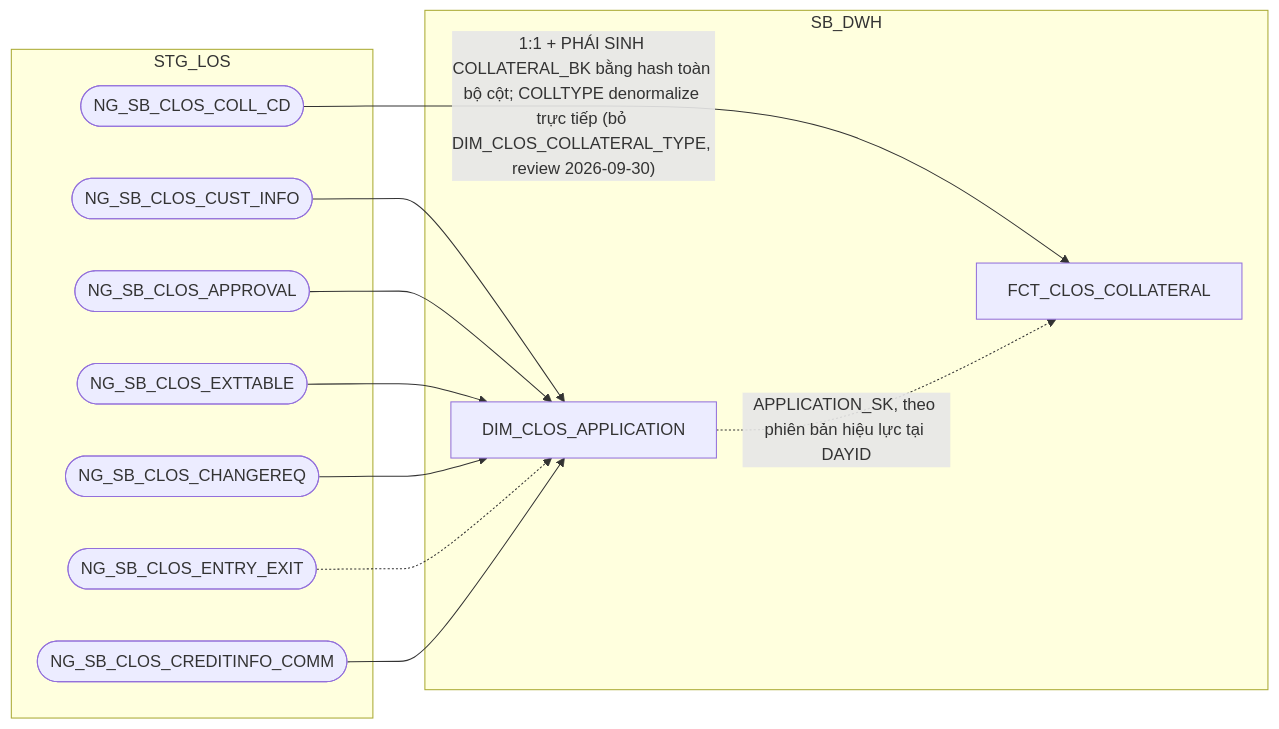
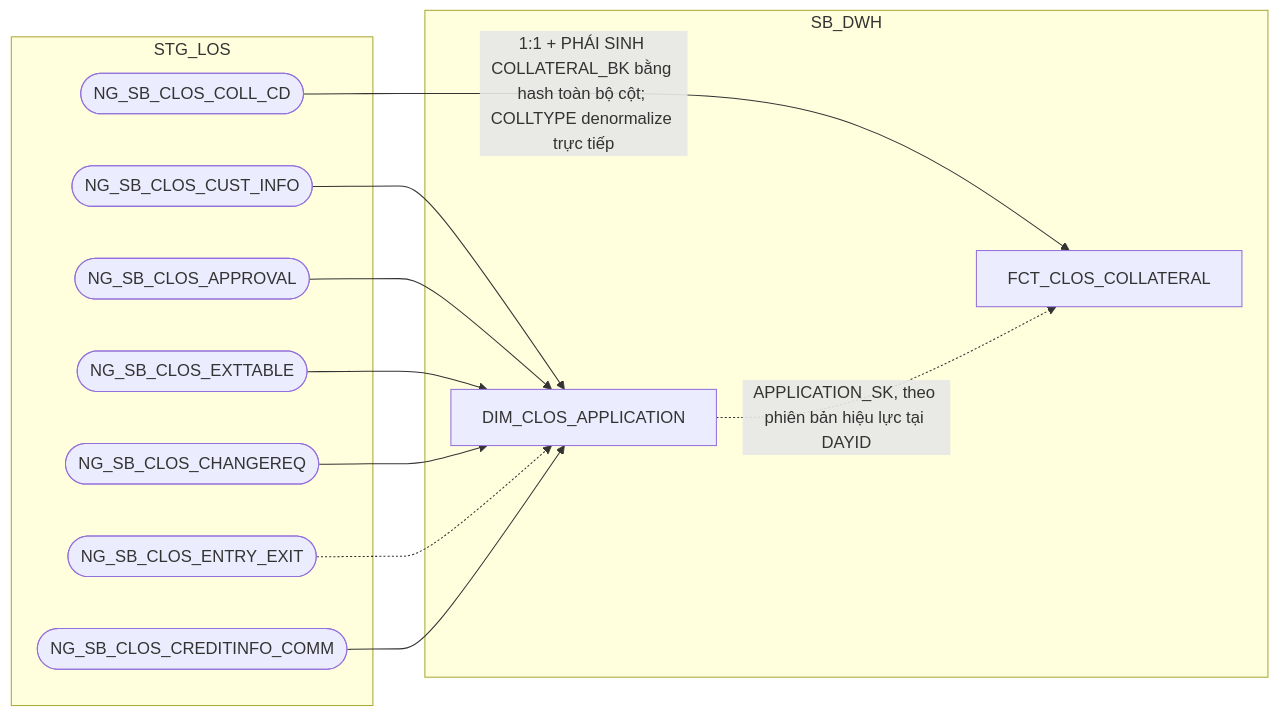
The second of 14 diagrams in hld/hld_review/HLD_FCT_SB_DWH_review.md (chien1198/sb-mapping-gen), drawn with Mermaid before and after one commit. The commit also changed other lines of this file and 9 other files, not shown here.

````diff
--- a/hld/hld_review/HLD_FCT_SB_DWH_review.md
+++ b/hld/hld_review/HLD_FCT_SB_DWH_review.md
@@ -127,24 +127,24 @@
 ```mermaid
 flowchart LR
     subgraph STG_LOS
         A(["NG_SB_CLOS_COLL_CD"])
         H(["NG_SB_CLOS_CUST_INFO"])
         I(["NG_SB_CLOS_APPROVAL"])
         J(["NG_SB_CLOS_EXTTABLE"])
         K1(["NG_SB_CLOS_CHANGEREQ"])
         L(["NG_SB_CLOS_ENTRY_EXIT"])
         N(["NG_SB_CLOS_CREDITINFO_COMM"])
     end
     subgraph SB_DWH
         D["DIM_CLOS_APPLICATION"]
         C["FCT_CLOS_COLLATERAL"]
     end
-    A -->|"1:1 + PHÁI SINH COLLATERAL_BK bằng hash toàn bộ cột; COLLTYPE denormalize trực tiếp (bỏ DIM_CLOS_COLLATERAL_TYPE, review 2026-09-30)"| C
+    A -->|"1:1 + PHÁI SINH COLLATERAL_BK bằng hash toàn bộ cột; COLLTYPE denormalize trực tiếp"| C
     D -.->|APPLICATION_SK, theo phiên bản hiệu lực tại DAYID| C
     H --> D
     I --> D
     J --> D
     K1 --> D
     L -.-> D
     N --> D
 ```
````
